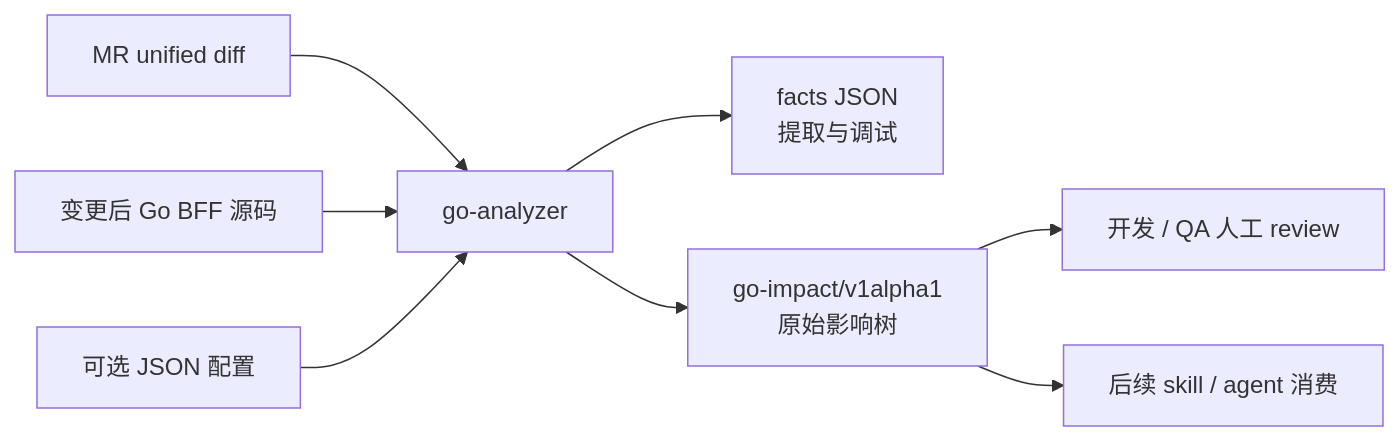
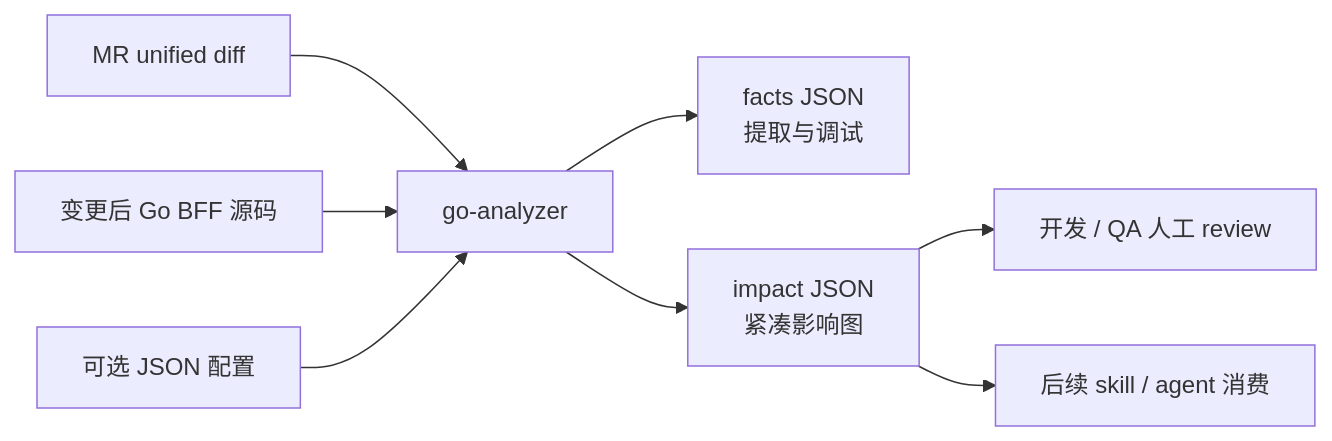
The first of 5 diagrams in ARCHITECTURE.md (Flying-Bird1999/go-analyzer), drawn with Mermaid before and after one commit. The commit also changed other lines of this file and 35 other files, not shown here.

````diff
--- a/ARCHITECTURE.md
+++ b/ARCHITECTURE.md
@@ -79,10 +79,10 @@
 ```mermaid
 flowchart LR
     MR["MR unified diff"] --> Analyzer["go-analyzer"]
     Head["变更后 Go BFF 源码"] --> Analyzer
     Config["可选 JSON 配置"] --> Analyzer
     Analyzer --> Facts["facts JSON<br/>提取与调试"]
-    Analyzer --> Impact["go-impact/v1alpha1<br/>原始影响树"]
+    Analyzer --> Impact["impact JSON<br/>紧凑影响图"]
     Impact --> Human["开发 / QA 人工 review"]
     Impact --> Agent["后续 skill / agent 消费"]
 ```
````
